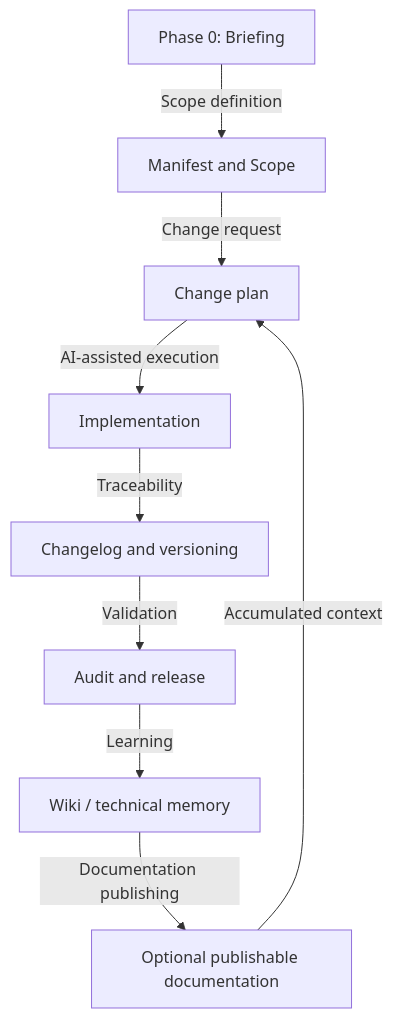
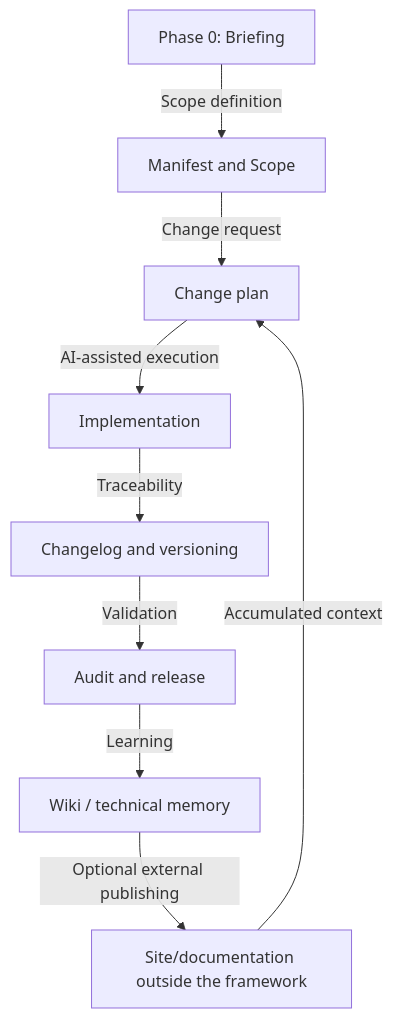
One commit to Sistema2D/FrameCode-VibeWork changed the second of 2 diagrams in FCVW/README.md. Above: the diagram before and after it, drawn with Mermaid. The commit also changed other lines of this file and 12 other files, not shown here.

````diff
--- a/FCVW/README.md
+++ b/FCVW/README.md
@@ -117,11 +126,11 @@
 ```mermaid
 graph TD
     A["Phase 0: Briefing"] -->|"Scope definition"| B["Manifest and Scope"]
     B -->|"Change request"| C["Change plan"]
     C -->|"AI-assisted execution"| D["Implementation"]
     D -->|"Traceability"| E["Changelog and versioning"]
     E -->|"Validation"| F["Audit and release"]
     F -->|"Learning"| G["Wiki / technical memory"]
-    G -->|"Documentation publishing"| H["Optional publishable documentation"]
+    G -->|"Optional external publishing"| H["Site/documentation outside the framework"]
     H -->|"Accumulated context"| C
 ```
````
